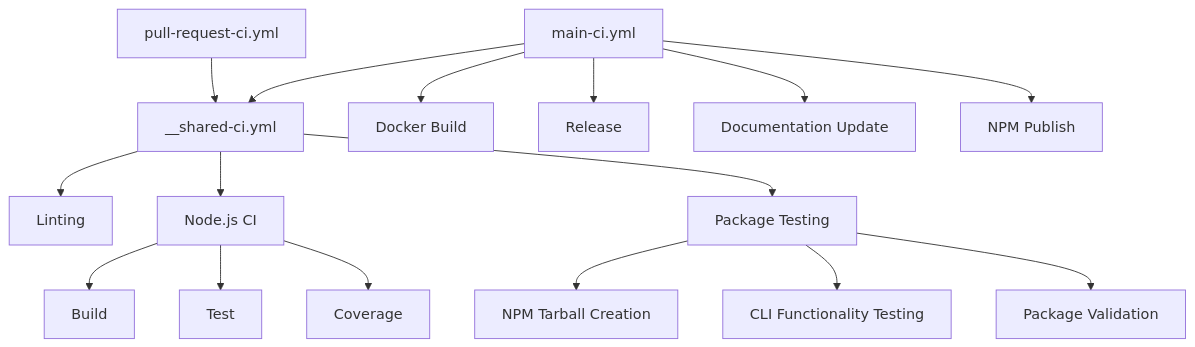
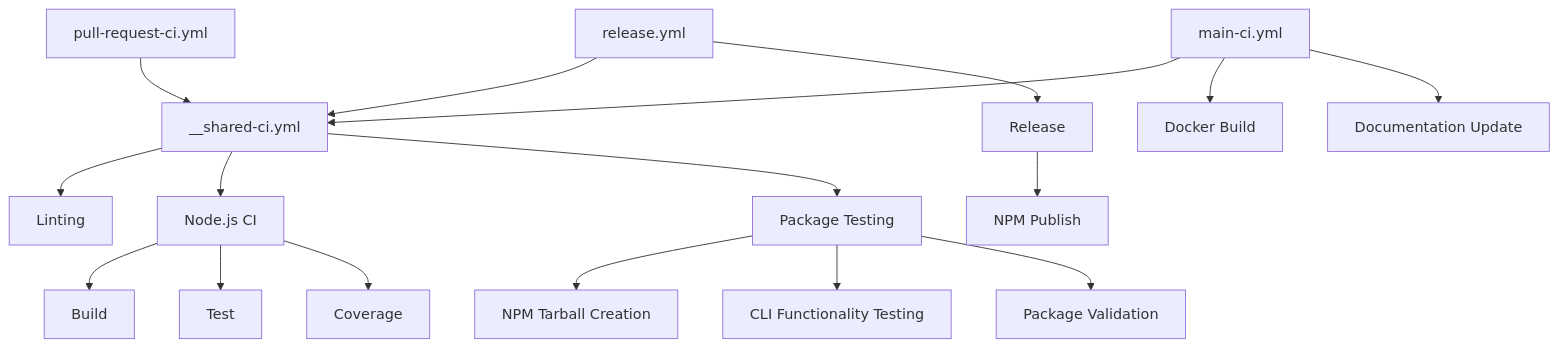
One commit to hoverkraft-tech/ci-dokumentor changed the diagram in packages/docs/content/developers/ci-cd.md. Above: the diagram before and after it, drawn with Mermaid. The commit also changed other lines of this file and 32 other files, not shown here.

````diff
--- a/packages/docs/content/developers/ci-cd.md
+++ b/packages/docs/content/developers/ci-cd.md
@@ -35,19 +36,20 @@
 ```mermaid
 graph TD
     A[pull-request-ci.yml] --> B[__shared-ci.yml]
     C[main-ci.yml] --> B
     C --> D[Docker Build]
-    C --> E[Release]
+    R[release.yml] --> B
+    R --> E[Release]
     C --> F[Documentation Update]
-    C --> G[NPM Publish]
+    E --> G[NPM Publish]
 
     B --> H[Linting]
     B --> I[Node.js CI]
     B --> J[Package Testing]
     I --> K[Build]
     I --> L[Test]
     I --> M[Coverage]
     J --> N[NPM Tarball Creation]
     J --> O[CLI Functionality Testing]
     J --> P[Package Validation]
 ```
````
